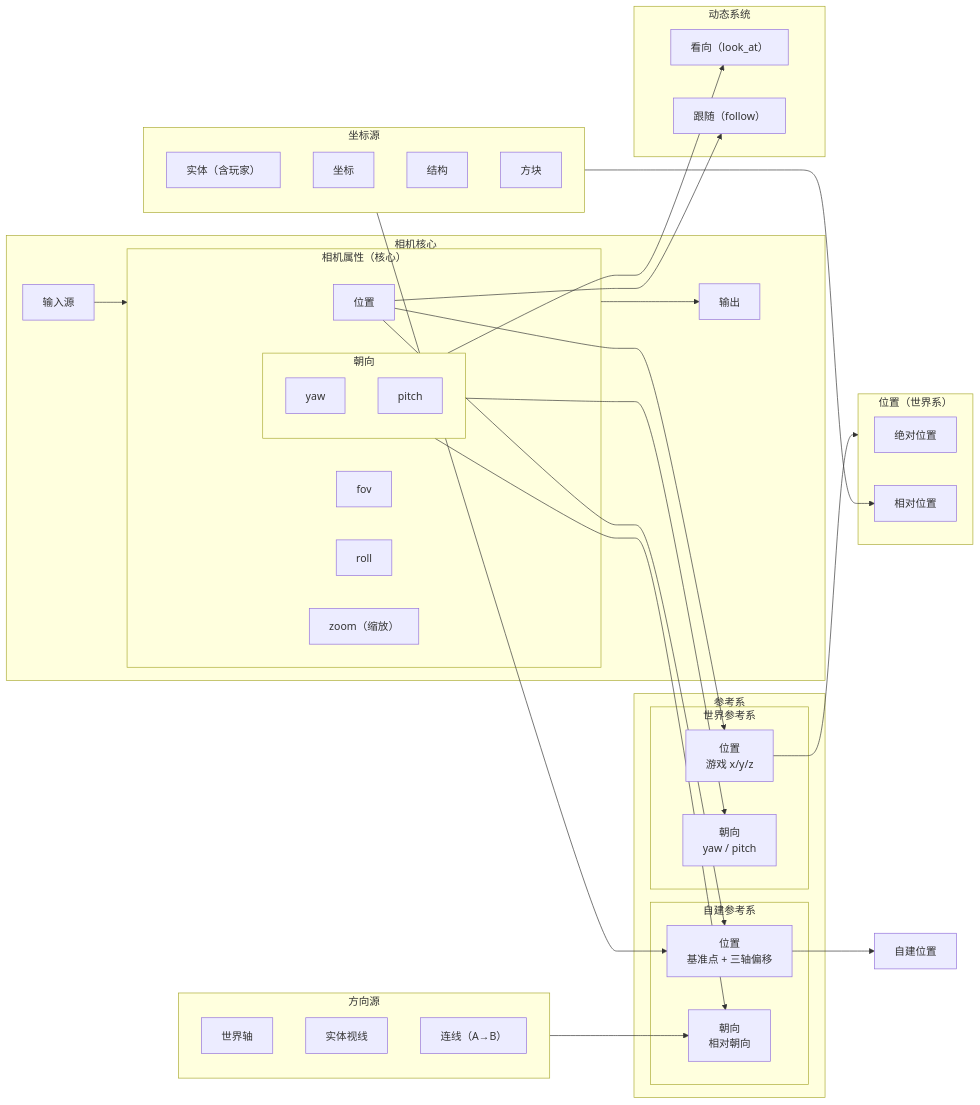
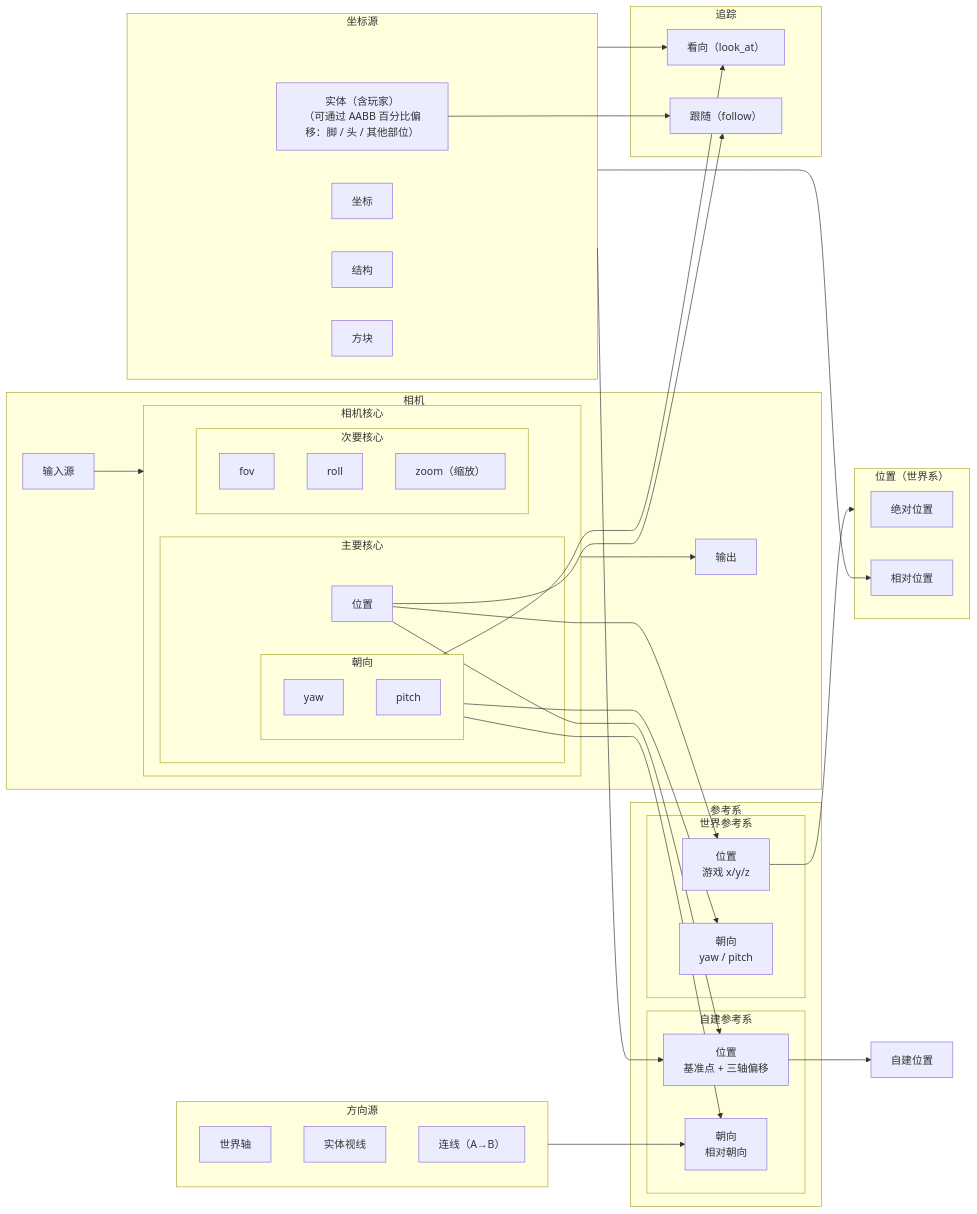
The diagram in plans/0.3.6/mod-architecture.md (SanZiNEO/ImmersiveCinematics), drawn with Mermaid before and after one commit.

Commit message:
docs(plans): 架构图：看向/跟随接来源、核心分主次、动态系统改“追踪”

````diff
--- a/plans/0.3.6/mod-architecture.md
+++ b/plans/0.3.6/mod-architecture.md
@@ -1,59 +1,65 @@
 ```mermaid
 flowchart LR
-    subgraph CAM["相机核心"]
+    subgraph CAM["相机"]
         SRC["输入源"]
-        subgraph CORE["相机属性（核心）"]
-            POS["位置"]
-            subgraph ORI["朝向"]
-                Y["yaw"]
-                PI["pitch"]
+        subgraph CORE["相机核心"]
+            subgraph MAIN["主要核心"]
+                POS["位置"]
+                subgraph ORI["朝向"]
+                    Y["yaw"]
+                    PI["pitch"]
+                end
             end
-            FOV["fov"]
-            R["roll"]
-            Z["zoom（缩放）"]
+            subgraph SECOND["次要核心"]
+                FOV["fov"]
+                R["roll"]
+                Z["zoom（缩放）"]
+            end
         end
         DEST["输出"]
         SRC --> CORE
         CORE --> DEST
     end
     subgraph FRAMES["参考系"]
         subgraph SELFF["自建参考系"]
             SP["位置<br/>基准点 + 三轴偏移"]
             SO["朝向<br/>相对朝向"]
         end
         subgraph WORLDF["世界参考系"]
             WP["位置<br/>游戏 x/y/z"]
             WO["朝向<br/>yaw / pitch"]
         end
     end
-    subgraph DYN["动态系统"]
+    subgraph TRACK["追踪"]
         LOOK["看向（look_at）"]
         FOLLOW["跟随（follow）"]
     end
     subgraph WPOS["位置（世界系）"]
         ABS["绝对位置"]
         REL["相对位置"]
     end
     subgraph COORDSRC["坐标源"]
-        ENT["实体（含玩家）"]
+        ENT["实体（含玩家）<br/>（可通过 AABB 百分比偏移：脚 / 头 / 其他部位）"]
         COORD["坐标"]
         STRUCT["结构"]
         BLOCK["方块"]
     end
     subgraph DIRSRC["方向源"]
         AXIS["世界轴"]
         VIEW["实体视线"]
         LINE["连线（A→B）"]
     end
     POS --> WP
     POS --> SP
     ORI --> WO
     ORI --> SO
     ORI --> LOOK
     POS --> FOLLOW
+    COORDSRC --> LOOK
+    ENT --> FOLLOW
     WP --> WPOS
     SP --> SELFPOS["自建位置"]
     COORDSRC --> SP
     DIRSRC --> SO
     COORDSRC --> REL
 ```
````
